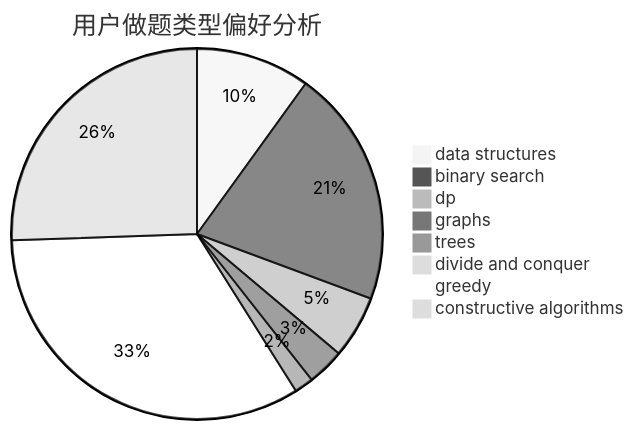
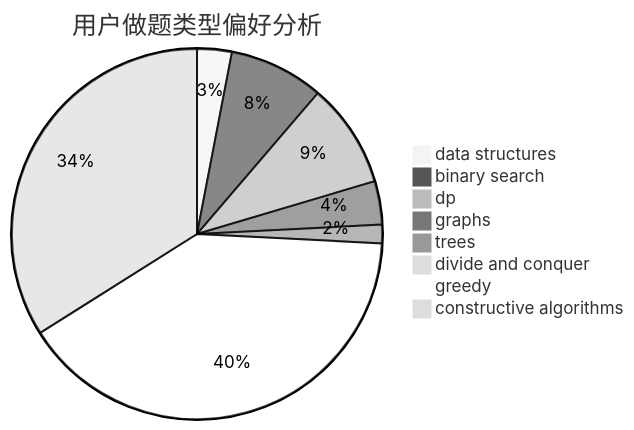
The second of 3 diagrams in docs/user/u465.md (sherpahu/cfrs.github.io), drawn with Mermaid (neutral theme) before and after one commit. The commit also changed other lines of this file and 2770 other files, not shown here.

````diff
--- a/docs/user/u465.md
+++ b/docs/user/u465.md
@@ -23,11 +23,11 @@
 ```mermaid
 pie title 用户做题类型偏好分析
-    "data structures" :  138
-    "binary search" :  287
-    "dp" :  76
-    "graphs" :  45
-    "trees" :  23
-    "divide and conquer" :  0
-    "greedy" :  463
-    "constructive algorithms" :  354
+    "data structures" :  52
+    "binary search" :  142
+    "dp" :  157
+    "graphs" :  65
+    "trees" :  28
+    "divide and conquer" :  11
+    "greedy" :  692
+    "constructive algorithms" :  584
 ```
````
